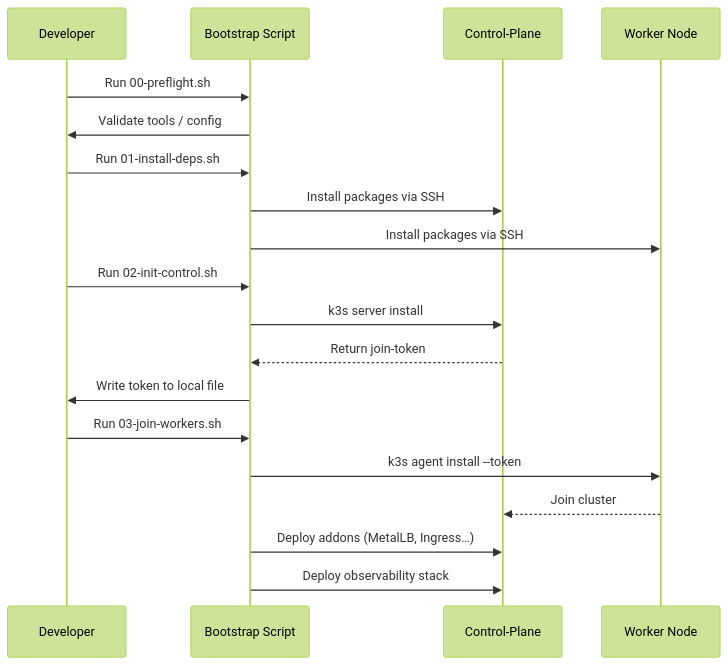
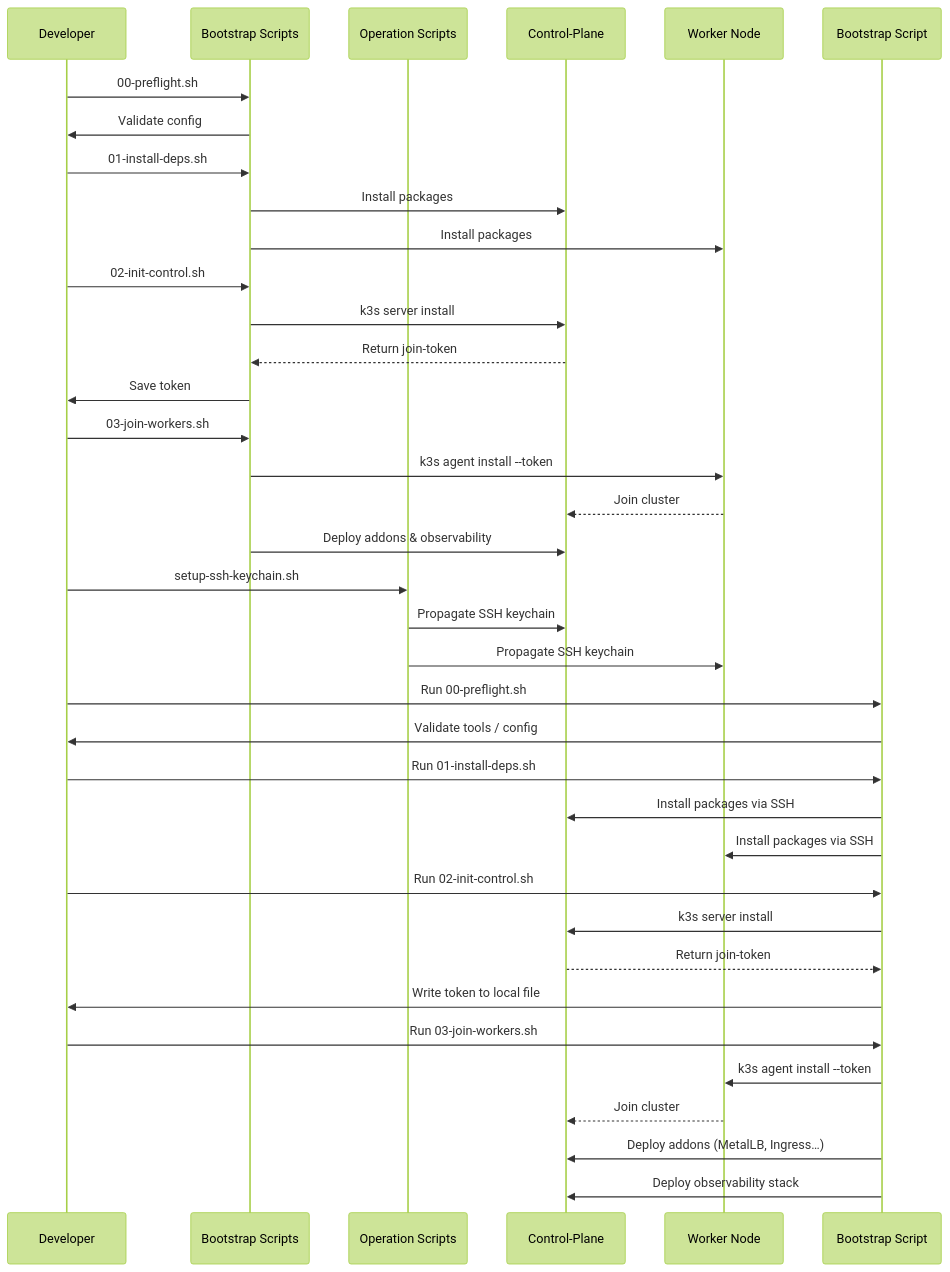
One commit to doogie-bigmack/m3_ultra_cluster changed the second of 2 diagrams in README.md. Above: the diagram before and after it, drawn with Mermaid (forest theme). The commit also changed other lines of this file, not shown here.

Commit message:
docs(readme): add setup-ssh-keychain script references in quick start and diagrams

````diff
--- a/README.md
+++ b/README.md
@@ -103,22 +145,44 @@
 ```mermaid
 sequenceDiagram
+    participant Dev as Developer
+    participant BS as Bootstrap Scripts
+    participant OPS as Operation Scripts
+    participant CP as Control-Plane
+    participant W1 as Worker Node
+
+    Dev->>BS: 00-preflight.sh
+    BS->>Dev: Validate config
+    Dev->>BS: 01-install-deps.sh
+    BS->>CP: Install packages
+    BS->>W1: Install packages
+    Dev->>BS: 02-init-control.sh
+    BS->>CP: k3s server install
+    CP-->>BS: Return join-token
+    BS->>Dev: Save token
+    Dev->>BS: 03-join-workers.sh
+    BS->>W1: k3s agent install --token
+    W1-->>CP: Join cluster
+    BS->>CP: Deploy addons & observability
+    Dev->>OPS: setup-ssh-keychain.sh
+    OPS->>CP: Propagate SSH keychain
+    OPS->>W1: Propagate SSH keychain
     participant Dev as Developer
     participant Script as Bootstrap Script
     participant CP as Control-Plane
     participant W1 as Worker Node
 
     Dev->>Script: Run 00-preflight.sh
     Script->>Dev: Validate tools / config
     Dev->>Script: Run 01-install-deps.sh
     Script->>CP: Install packages via SSH
     Script->>W1: Install packages via SSH
     Dev->>Script: Run 02-init-control.sh
     Script->>CP: k3s server install
     CP-->>Script: Return join-token
     Script->>Dev: Write token to local file
     Dev->>Script: Run 03-join-workers.sh
     Script->>W1: k3s agent install --token
     W1-->>CP: Join cluster
     Script->>CP: Deploy addons (MetalLB, Ingress…)
     Script->>CP: Deploy observability stack
 ```
````
